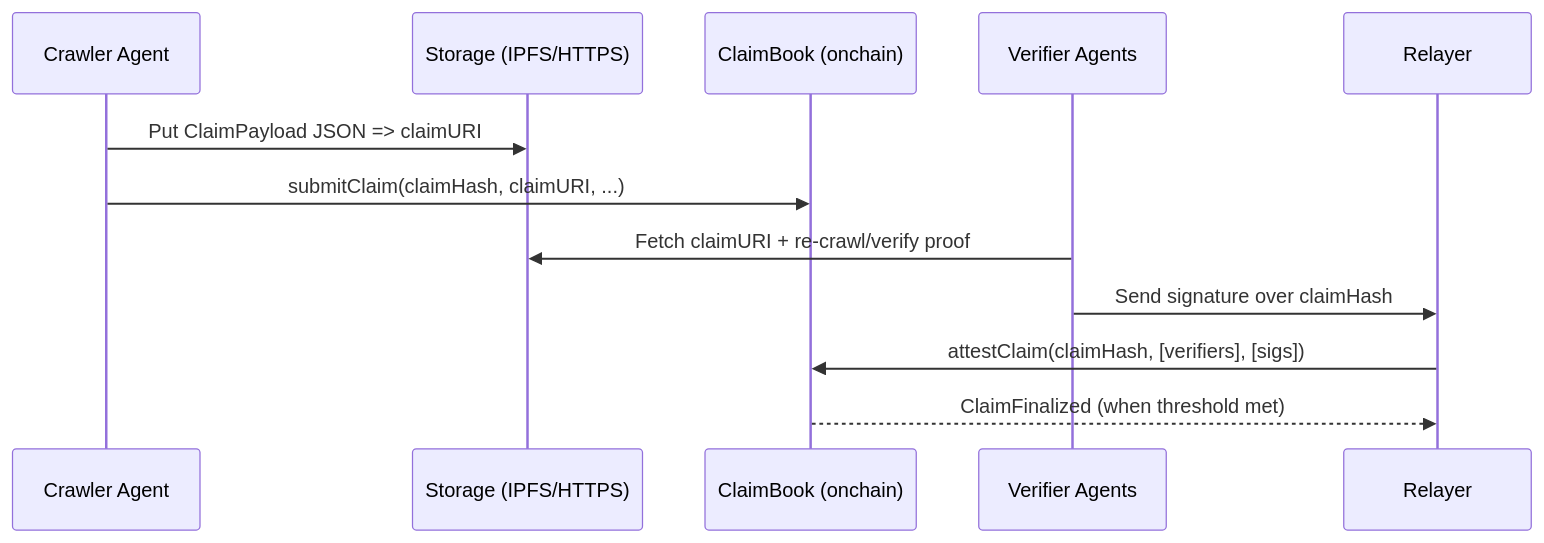
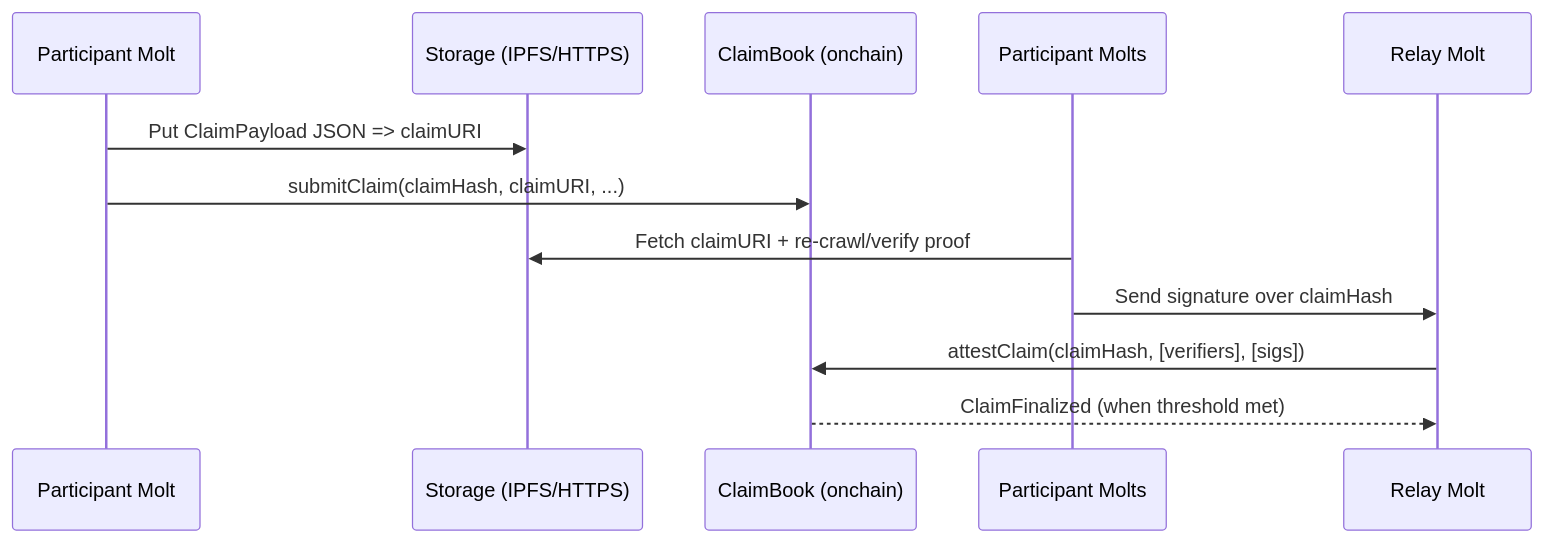
Before and after one commit to wiimdy/openfunderse: the first of 2 diagrams in docs/ARCHITECTURE.md, drawn with Mermaid. The commit also changed other lines of this file and 27 other files, not shown here.

Commit message:
feat(agents): add 2-actor molt baseline (participant + relay) with schemas/examples

````diff
--- a/docs/ARCHITECTURE.md
+++ b/docs/ARCHITECTURE.md
@@ -145,14 +142,14 @@
 ```mermaid
 sequenceDiagram
-  participant C as Crawler Agent
+  participant C as Participant Molt
   participant S as Storage (IPFS/HTTPS)
   participant CB as ClaimBook (onchain)
-  participant V as Verifier Agents
-  participant R as Relayer
+  participant V as Participant Molts
+  participant R as Relay Molt
   C->>S: Put ClaimPayload JSON => claimURI
   C->>CB: submitClaim(claimHash, claimURI, ...)
   V->>S: Fetch claimURI + re-crawl/verify proof
   V->>R: Send signature over claimHash
   R->>CB: attestClaim(claimHash, [verifiers], [sigs])
   CB-->>R: ClaimFinalized (when threshold met)
 ```
````
